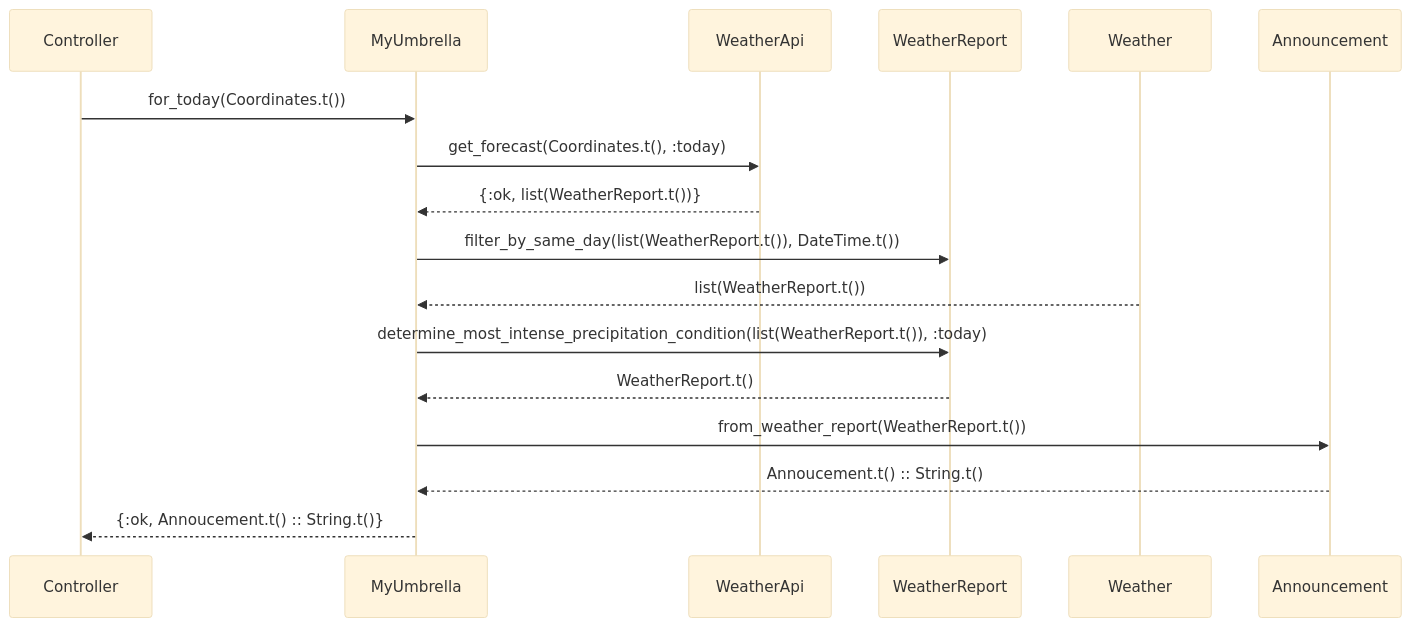
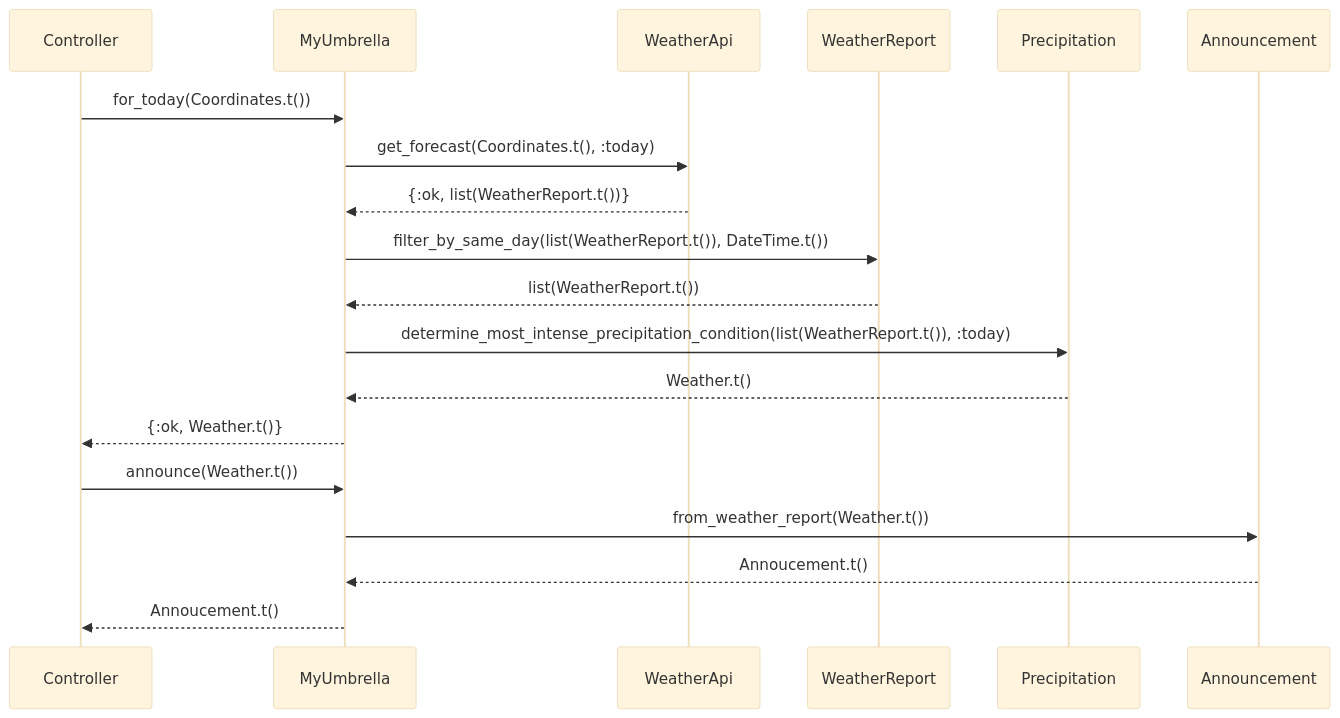
Before and after one commit to nicholasjhenry/my-umbrella: the diagram in README.md, drawn with Mermaid (base theme). The commit also changed other lines of this file and 2 other files, not shown here.

Commit message:
Update interface for context module

````diff
--- a/README.md
+++ b/README.md
@@ -23,13 +24,15 @@
 ```mermaid
 sequenceDiagram
     Controller->>MyUmbrella: for_today(Coordinates.t())
     MyUmbrella->>WeatherApi: get_forecast(Coordinates.t(), :today)
     WeatherApi-->>MyUmbrella: {:ok, list(WeatherReport.t())}
     MyUmbrella->>WeatherReport: filter_by_same_day(list(WeatherReport.t()), DateTime.t())
-    Weather-->>MyUmbrella: list(WeatherReport.t())
-    MyUmbrella->>WeatherReport: determine_most_intense_precipitation_condition(list(WeatherReport.t()), :today)
-    WeatherReport-->>MyUmbrella: WeatherReport.t()
-    MyUmbrella->>Announcement: from_weather_report(WeatherReport.t())
-    Announcement-->>MyUmbrella: Annoucement.t() :: String.t()
-    MyUmbrella-->>Controller: {:ok, Annoucement.t() :: String.t()}
+    WeatherReport-->>MyUmbrella: list(WeatherReport.t())
+    MyUmbrella->>Precipitation: determine_most_intense_precipitation_condition(list(WeatherReport.t()), :today)
+    Precipitation-->>MyUmbrella: Weather.t()
+    MyUmbrella-->>Controller: {:ok, Weather.t()}
+    Controller->>MyUmbrella: announce(Weather.t())
+    MyUmbrella->>Announcement: from_weather_report(Weather.t())
+    Announcement-->>MyUmbrella: Annoucement.t()
+    MyUmbrella-->>Controller: Annoucement.t()
 ```
````
